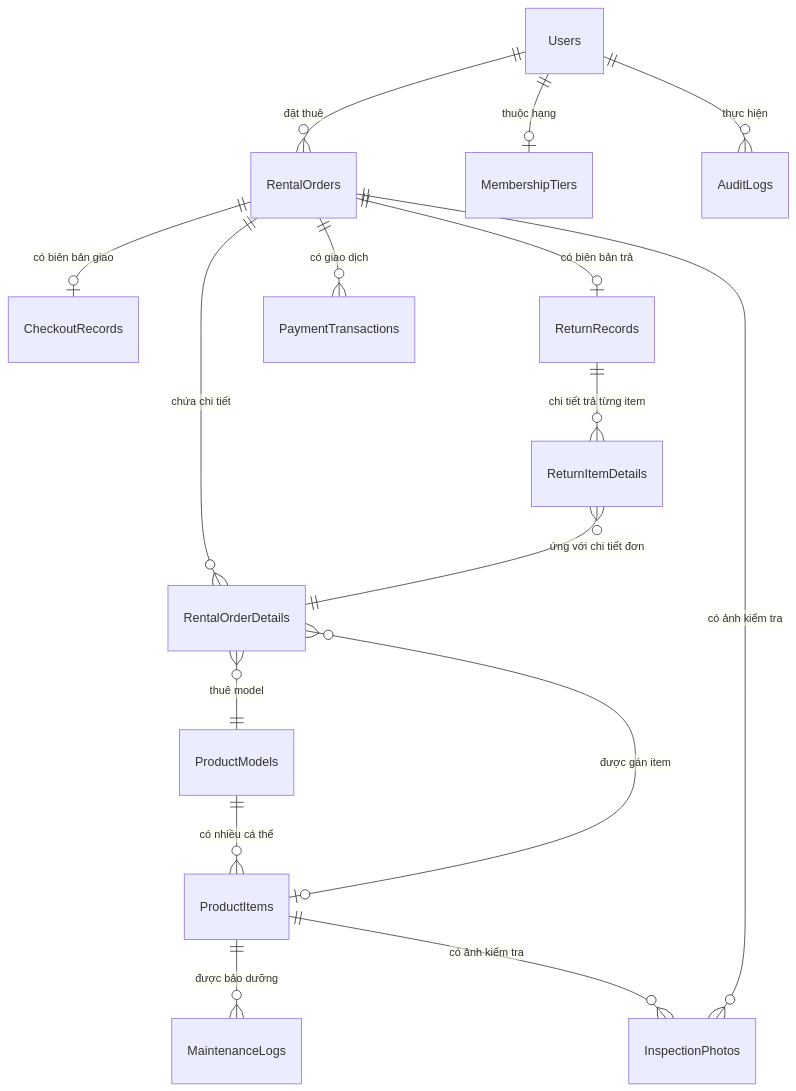
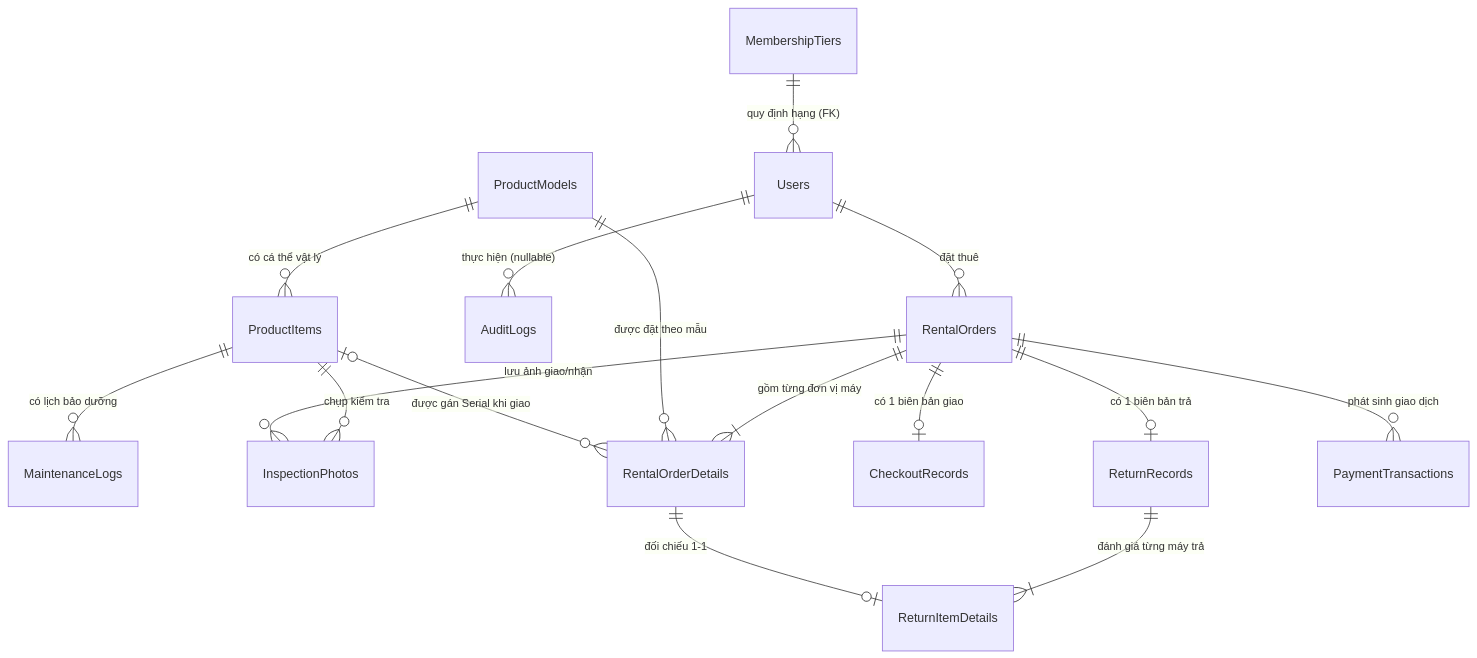
Before and after one commit to Duynguyen1108i3/refuji: the fourth of 7 diagrams in README.md, drawn with Mermaid. The commit also changed other lines of this file and 1 other file, not shown here.

````diff
--- a/README.md
+++ b/README.md
@@ -272,22 +335,22 @@
 ```mermaid
 erDiagram
+    MembershipTiers ||--o{ Users : "quy định hạng (FK)"
     Users ||--o{ RentalOrders : "đặt thuê"
-    Users ||--o| MembershipTiers : "thuộc hạng"
-    Users ||--o{ AuditLogs : "thực hiện"
+    Users ||--o{ AuditLogs : "thực hiện (nullable)"
 
-    ProductModels ||--o{ ProductItems : "có nhiều cá thể"
-    ProductItems ||--o{ MaintenanceLogs : "được bảo dưỡng"
-    ProductItems ||--o{ InspectionPhotos : "có ảnh kiểm tra"
+    ProductModels ||--o{ ProductItems : "có cá thể vật lý"
+    ProductItems ||--o{ MaintenanceLogs : "có lịch bảo dưỡng"
+    ProductItems ||--o{ InspectionPhotos : "chụp kiểm tra"
 
-    RentalOrders ||--o{ RentalOrderDetails : "chứa chi tiết"
-    RentalOrders ||--o| CheckoutRecords : "có biên bản giao"
-    RentalOrders ||--o| ReturnRecords : "có biên bản trả"
-    RentalOrders ||--o{ PaymentTransactions : "có giao dịch"
-    RentalOrders ||--o{ InspectionPhotos : "có ảnh kiểm tra"
+    RentalOrders ||--|{ RentalOrderDetails : "gồm từng đơn vị máy"
+    RentalOrders ||--o| CheckoutRecords : "có 1 biên bản giao"
+    RentalOrders ||--o| ReturnRecords : "có 1 biên bản trả"
+    RentalOrders ||--o{ PaymentTransactions : "phát sinh giao dịch"
+    RentalOrders ||--o{ InspectionPhotos : "lưu ảnh giao/nhận"
 
-    RentalOrderDetails }o--|| ProductModels : "thuê model"
-    RentalOrderDetails }o--o| ProductItems : "được gán item"
+    ProductModels ||--o{ RentalOrderDetails : "được đặt theo mẫu"
+    ProductItems |o--o{ RentalOrderDetails : "được gán Serial khi giao"
 
-    ReturnRecords ||--o{ ReturnItemDetails : "chi tiết trả từng item"
-    ReturnItemDetails }o--|| RentalOrderDetails : "ứng với chi tiết đơn"
+    ReturnRecords ||--|{ ReturnItemDetails : "đánh giá từng máy trả"
+    RentalOrderDetails ||--o| ReturnItemDetails : "đối chiếu 1-1"
 ```
````
